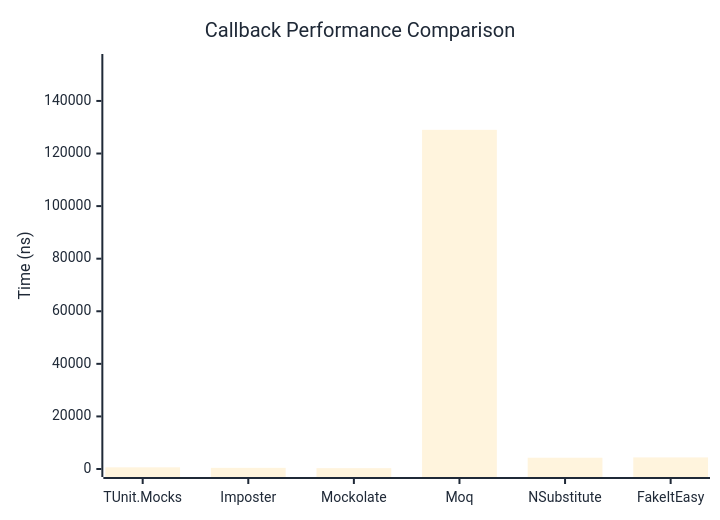
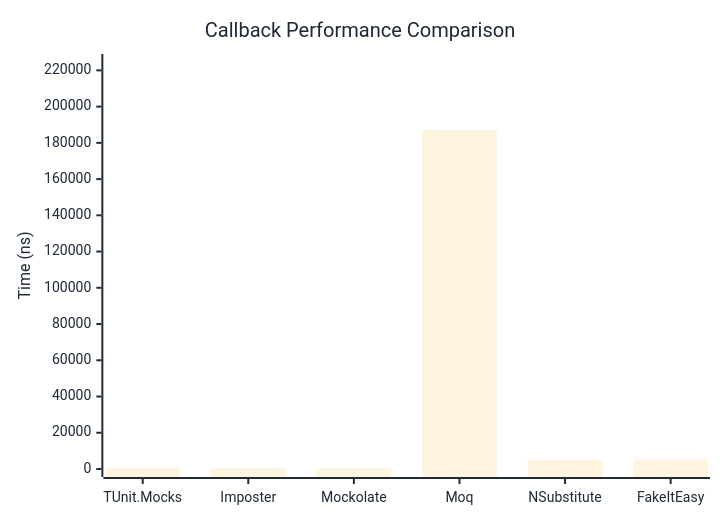
Before and after one commit to thomhurst/TUnit: the first of 2 diagrams in docs/docs/benchmarks/mocks/Callback.md, drawn with Mermaid. The commit also changed other lines of this file and 14 other files, not shown here.

````diff
--- a/docs/docs/benchmarks/mocks/Callback.md
+++ b/docs/docs/benchmarks/mocks/Callback.md
@@ -30,27 +30,27 @@
 ```mermaid
 %%{init: {
   'theme':'base',
   'themeVariables': {
     'primaryColor': '#2563eb',
     'primaryTextColor': '#1f2937',
     'primaryBorderColor': '#1e40af',
     'lineColor': '#6b7280',
     'secondaryColor': '#7c3aed',
     'tertiaryColor': '#dc2626',
     'background': '#ffffff',
     'pie1': '#2563eb',
     'pie2': '#7c3aed',
     'pie3': '#dc2626',
     'pie4': '#f59e0b',
     'pie5': '#10b981',
     'pie6': '#06b6d4',
     'pie7': '#ec4899',
     'pie8': '#6366f1'
   }
 }}%%
 xychart-beta
   title "Callback Performance Comparison"
   x-axis ["TUnit.Mocks", "Imposter", "Mockolate", "Moq", "NSubstitute", "FakeItEasy"]
-  y-axis "Time (ns)" 0 --> 154814
-  bar [635.5, 437.6, 321.2, 129011, 4281, 4405]
+  y-axis "Time (ns)" 0 --> 224618
+  bar [671, 446.1, 349, 187181.2, 5018, 5318.4]
 ```
````
